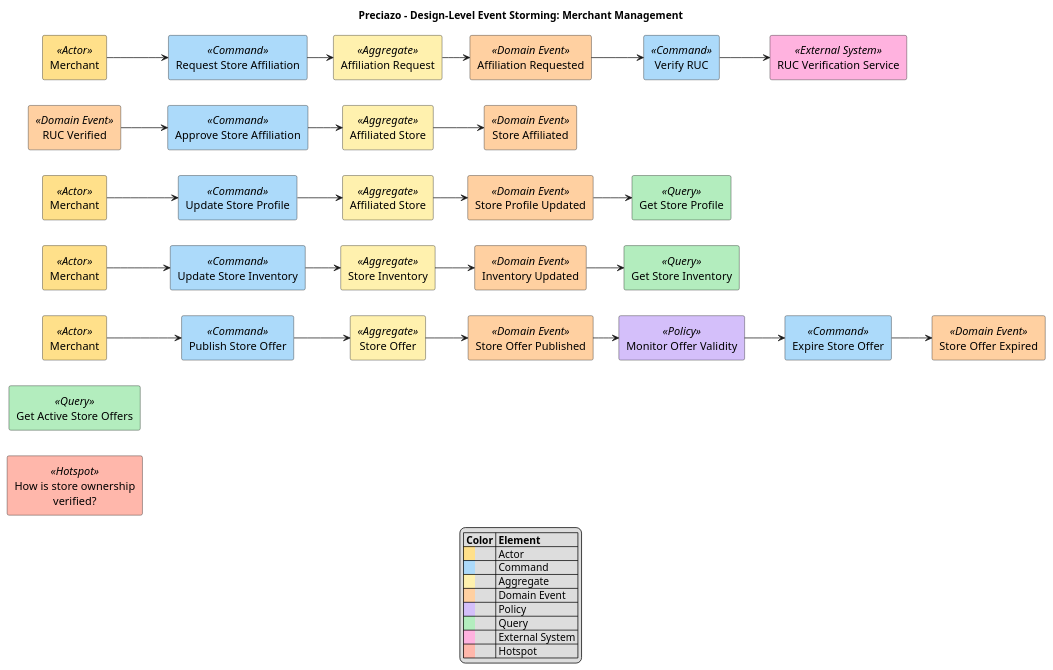
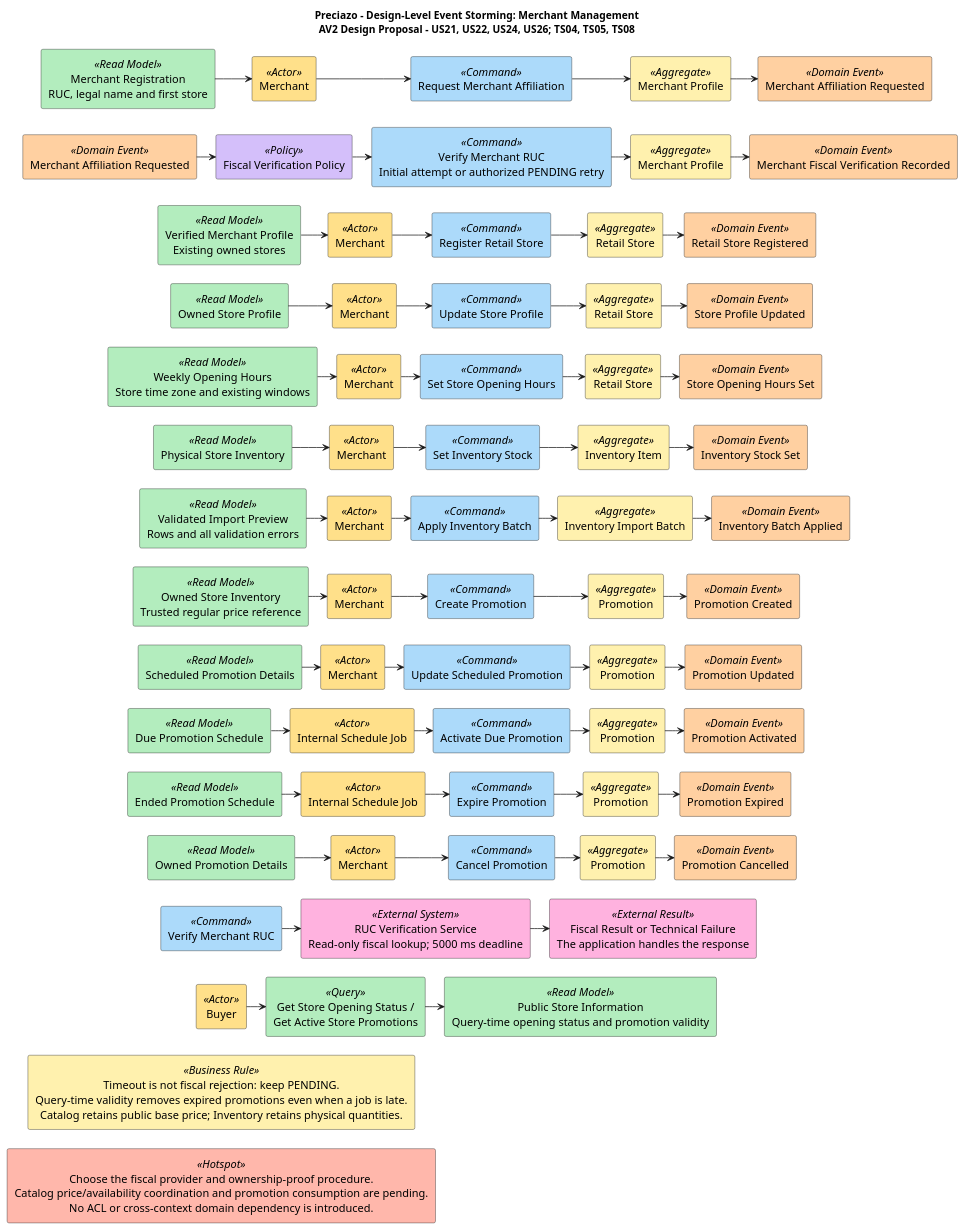
The diagram in docs/architecture/event-storming/merchant-management.puml (Open-Source-1ASI0729-2620-7750/preciazo-report), drawn with PlantUML before and after one commit. The commit also changed 13 other files, not shown here.

Commit message:
docs(merchant-management): refine AV2 affiliation inventory and promotions

```diff
--- a/docs/architecture/event-storming/merchant-management.puml
+++ b/docs/architecture/event-storming/merchant-management.puml
@@ -1,87 +1,205 @@
 @startuml Preciazo_Event_Storming_merchant_management
-left to right direction
-title Preciazo - Design-Level Event Storming: Merchant Management
+top to bottom direction
+title
+Preciazo - Design-Level Event Storming: Merchant Management
+AV2 Design Proposal - US21, US22, US24, US26; TS04, TS05, TS08
+end title
 skinparam shadowing false
 skinparam defaultFontSize 15
 skinparam defaultTextAlignment center
-skinparam nodesep 35
-skinparam ranksep 35
+skinparam nodesep 26
+skinparam ranksep 26
 skinparam rectanglePadding 12
 
-rectangle "Merchant" as n0_0 <<Actor>> #FFE08A
-rectangle "Request Store Affiliation" as n0_1 <<Command>> #ACDAFA
-rectangle "Affiliation Request" as n0_2 <<Aggregate>> #FFF1AE
-rectangle "Affiliation Requested" as n0_3 <<Domain Event>> #FFD0A1
-rectangle "Verify RUC" as n0_4 <<Command>> #ACDAFA
-rectangle "RUC Verification Service" as n0_5 <<External System>> #FFB2DF
-n0_0 --> n0_1
-n0_1 --> n0_2
-n0_2 --> n0_3
-n0_3 --> n0_4
-n0_4 --> n0_5
+rectangle "Merchant Registration\nRUC, legal name and first store" as read0 <<Read Model>> #B3EDBE
+rectangle "Merchant" as actor0 <<Actor>> #FFE08A
+rectangle "Request Merchant Affiliation" as command0 <<Command>> #ACDAFA
+rectangle "Merchant Profile" as aggregate0 <<Aggregate>> #FFF1AE
+rectangle "Merchant Affiliation Requested" as event0 <<Domain Event>> #FFD0A1
+read0 -right-> actor0
+actor0 -right-> command0
+command0 -right-> aggregate0
+aggregate0 -right-> event0
 
-rectangle "RUC Verified" as n1_0 <<Domain Event>> #FFD0A1
-rectangle "Approve Store Affiliation" as n1_1 <<Command>> #ACDAFA
-rectangle "Affiliated Store" as n1_2 <<Aggregate>> #FFF1AE
-rectangle "Store Affiliated" as n1_3 <<Domain Event>> #FFD0A1
-n1_0 --> n1_1
-n1_1 --> n1_2
-n1_2 --> n1_3
+rectangle "Merchant Affiliation Requested" as read1 <<Domain Event>> #FFD0A1
+rectangle "Fiscal Verification Policy" as actor1 <<Policy>> #D4BFFA
+rectangle "Verify Merchant RUC\nInitial attempt or authorized PENDING retry" as command1 <<Command>> #ACDAFA
+rectangle "Merchant Profile" as aggregate1 <<Aggregate>> #FFF1AE
+rectangle "Merchant Fiscal Verification Recorded" as event1 <<Domain Event>> #FFD0A1
+read1 -right-> actor1
+actor1 -right-> command1
+command1 -right-> aggregate1
+aggregate1 -right-> event1
 
-rectangle "Merchant" as n2_0 <<Actor>> #FFE08A
-rectangle "Update Store Profile" as n2_1 <<Command>> #ACDAFA
-rectangle "Affiliated Store" as n2_2 <<Aggregate>> #FFF1AE
-rectangle "Store Profile Updated" as n2_3 <<Domain Event>> #FFD0A1
-rectangle "Get Store Profile" as n2_4 <<Query>> #B3EDBE
-n2_0 --> n2_1
-n2_1 --> n2_2
-n2_2 --> n2_3
-n2_3 --> n2_4
+rectangle "Owned Store Profile" as read2 <<Read Model>> #B3EDBE
+rectangle "Merchant" as actor2 <<Actor>> #FFE08A
+rectangle "Update Store Profile" as command2 <<Command>> #ACDAFA
+rectangle "Retail Store" as aggregate2 <<Aggregate>> #FFF1AE
+rectangle "Store Profile Updated" as event2 <<Domain Event>> #FFD0A1
+read2 -right-> actor2
+actor2 -right-> command2
+command2 -right-> aggregate2
+aggregate2 -right-> event2
 
-rectangle "Merchant" as n3_0 <<Actor>> #FFE08A
-rectangle "Update Store Inventory" as n3_1 <<Command>> #ACDAFA
-rectangle "Store Inventory" as n3_2 <<Aggregate>> #FFF1AE
-rectangle "Inventory Updated" as n3_3 <<Domain Event>> #FFD0A1
-rectangle "Get Store Inventory" as n3_4 <<Query>> #B3EDBE
-n3_0 --> n3_1
-n3_1 --> n3_2
-n3_2 --> n3_3
-n3_3 --> n3_4
+rectangle "Weekly Opening Hours\nStore time zone and existing windows" as read3 <<Read Model>> #B3EDBE
+rectangle "Merchant" as actor3 <<Actor>> #FFE08A
+rectangle "Set Store Opening Hours" as command3 <<Command>> #ACDAFA
+rectangle "Retail Store" as aggregate3 <<Aggregate>> #FFF1AE
+rectangle "Store Opening Hours Set" as event3 <<Domain Event>> #FFD0A1
+read3 -right-> actor3
+actor3 -right-> command3
+command3 -right-> aggregate3
+aggregate3 -right-> event3
 
-rectangle "Merchant" as n4_0 <<Actor>> #FFE08A
-rectangle "Publish Store Offer" as n4_1 <<Command>> #ACDAFA
-rectangle "Store Offer" as n4_2 <<Aggregate>> #FFF1AE
-rectangle "Store Offer Published" as n4_3 <<Domain Event>> #FFD0A1
-rectangle "Monitor Offer Validity" as n4_4 <<Policy>> #D4BFFA
-rectangle "Expire Store Offer" as n4_5 <<Command>> #ACDAFA
-rectangle "Store Offer Expired" as n4_6 <<Domain Event>> #FFD0A1
-n4_0 --> n4_1
-n4_1 --> n4_2
-n4_2 --> n4_3
-n4_3 --> n4_4
-n4_4 --> n4_5
-n4_5 --> n4_6
+rectangle "Physical Store Inventory" as read4 <<Read Model>> #B3EDBE
+rectangle "Merchant" as actor4 <<Actor>> #FFE08A
+rectangle "Set Inventory Stock" as command4 <<Command>> #ACDAFA
+rectangle "Inventory Item" as aggregate4 <<Aggregate>> #FFF1AE
+rectangle "Inventory Stock Set" as event4 <<Domain Event>> #FFD0A1
+read4 -right-> actor4
+actor4 -right-> command4
+command4 -right-> aggregate4
+aggregate4 -right-> event4
 
-rectangle "Get Active Store Offers" as n5_0 <<Query>> #B3EDBE
+rectangle "Validated Import Preview\nRows and all validation errors" as read5 <<Read Model>> #B3EDBE
+rectangle "Merchant" as actor5 <<Actor>> #FFE08A
+rectangle "Apply Inventory Batch" as command5 <<Command>> #ACDAFA
+rectangle "Inventory Import Batch" as aggregate5 <<Aggregate>> #FFF1AE
+rectangle "Inventory Batch Applied" as event5 <<Domain Event>> #FFD0A1
+read5 -right-> actor5
+actor5 -right-> command5
+command5 -right-> aggregate5
+aggregate5 -right-> event5
 
-rectangle "How is store ownership\nverified?" as n6_0 <<Hotspot>> #FFB7AB
+rectangle "Owned Store Inventory\nTrusted regular price reference" as read6 <<Read Model>> #B3EDBE
+rectangle "Merchant" as actor6 <<Actor>> #FFE08A
+rectangle "Create Promotion" as command6 <<Command>> #ACDAFA
+rectangle "Promotion" as aggregate6 <<Aggregate>> #FFF1AE
+rectangle "Promotion Created" as event6 <<Domain Event>> #FFD0A1
+read6 -right-> actor6
+actor6 -right-> command6
+command6 -right-> aggregate6
+aggregate6 -right-> event6
 
-n0_0 -[hidden,norank]down-> n1_0
-n1_0 -[hidden,norank]down-> n2_0
-n2_0 -[hidden,norank]down-> n3_0
-n3_0 -[hidden,norank]down-> n4_0
-n4_0 -[hidden,norank]down-> n5_0
-n5_0 -[hidden,norank]down-> n6_0
+rectangle "Scheduled Promotion Details" as read7 <<Read Model>> #B3EDBE
+rectangle "Merchant" as actor7 <<Actor>> #FFE08A
+rectangle "Update Scheduled Promotion" as command7 <<Command>> #ACDAFA
+rectangle "Promotion" as aggregate7 <<Aggregate>> #FFF1AE
+rectangle "Promotion Updated" as event7 <<Domain Event>> #FFD0A1
+read7 -right-> actor7
+actor7 -right-> command7
+command7 -right-> aggregate7
+aggregate7 -right-> event7
 
-legend bottom
-|= Color |= Element |
-|<back:#FFE08A>    </back>| Actor |
-|<back:#ACDAFA>    </back>| Command |
-|<back:#FFF1AE>    </back>| Aggregate |
-|<back:#FFD0A1>    </back>| Domain Event |
-|<back:#D4BFFA>    </back>| Policy |
-|<back:#B3EDBE>    </back>| Query |
-|<back:#FFB2DF>    </back>| External System |
-|<back:#FFB7AB>    </back>| Hotspot |
-endlegend
+rectangle "Due Promotion Schedule" as read8 <<Read Model>> #B3EDBE
+rectangle "Internal Schedule Job" as actor8 <<Actor>> #FFE08A
+rectangle "Activate Due Promotion" as command8 <<Command>> #ACDAFA
+rectangle "Promotion" as aggregate8 <<Aggregate>> #FFF1AE
+rectangle "Promotion Activated" as event8 <<Domain Event>> #FFD0A1
+read8 -right-> actor8
+actor8 -right-> command8
+command8 -right-> aggregate8
+aggregate8 -right-> event8
+
+rectangle "Ended Promotion Schedule" as read9 <<Read Model>> #B3EDBE
+rectangle "Internal Schedule Job" as actor9 <<Actor>> #FFE08A
+rectangle "Expire Promotion" as command9 <<Command>> #ACDAFA
+rectangle "Promotion" as aggregate9 <<Aggregate>> #FFF1AE
+rectangle "Promotion Expired" as event9 <<Domain Event>> #FFD0A1
+read9 -right-> actor9
+actor9 -right-> command9
+command9 -right-> aggregate9
+aggregate9 -right-> event9
+
+rectangle "Owned Promotion Details" as read10 <<Read Model>> #B3EDBE
+rectangle "Merchant" as actor10 <<Actor>> #FFE08A
+rectangle "Cancel Promotion" as command10 <<Command>> #ACDAFA
+rectangle "Promotion" as aggregate10 <<Aggregate>> #FFF1AE
+rectangle "Promotion Cancelled" as event10 <<Domain Event>> #FFD0A1
+read10 -right-> actor10
+actor10 -right-> command10
+command10 -right-> aggregate10
+aggregate10 -right-> event10
+rectangle "Verified Merchant Profile\nExisting owned stores" as readRegister <<Read Model>> #B3EDBE
+rectangle "Merchant" as actorRegister <<Actor>> #FFE08A
+rectangle "Register Retail Store" as commandRegister <<Command>> #ACDAFA
+rectangle "Retail Store" as aggregateRegister <<Aggregate>> #FFF1AE
+rectangle "Retail Store Registered" as eventRegister <<Domain Event>> #FFD0A1
+readRegister -right-> actorRegister
+actorRegister -right-> commandRegister
+commandRegister -right-> aggregateRegister
+aggregateRegister -right-> eventRegister
+
+read0 -[hidden]down-> read1
+actor0 -[hidden]down-> actor1
+command0 -[hidden]down-> command1
+aggregate0 -[hidden]down-> aggregate1
+event0 -[hidden]down-> event1
+read1 -[hidden]down-> readRegister
+readRegister -[hidden]down-> read2
+actor1 -[hidden]down-> actorRegister
+actorRegister -[hidden]down-> actor2
+command1 -[hidden]down-> commandRegister
+commandRegister -[hidden]down-> command2
+aggregate1 -[hidden]down-> aggregateRegister
+aggregateRegister -[hidden]down-> aggregate2
+event1 -[hidden]down-> eventRegister
+eventRegister -[hidden]down-> event2
+read2 -[hidden]down-> read3
+actor2 -[hidden]down-> actor3
+command2 -[hidden]down-> command3
+aggregate2 -[hidden]down-> aggregate3
+event2 -[hidden]down-> event3
+read3 -[hidden]down-> read4
+actor3 -[hidden]down-> actor4
+command3 -[hidden]down-> command4
+aggregate3 -[hidden]down-> aggregate4
+event3 -[hidden]down-> event4
+read4 -[hidden]down-> read5
+actor4 -[hidden]down-> actor5
+command4 -[hidden]down-> command5
+aggregate4 -[hidden]down-> aggregate5
+event4 -[hidden]down-> event5
+read5 -[hidden]down-> read6
+actor5 -[hidden]down-> actor6
+command5 -[hidden]down-> command6
+aggregate5 -[hidden]down-> aggregate6
+event5 -[hidden]down-> event6
+read6 -[hidden]down-> read7
+actor6 -[hidden]down-> actor7
+command6 -[hidden]down-> command7
+aggregate6 -[hidden]down-> aggregate7
+event6 -[hidden]down-> event7
+read7 -[hidden]down-> read8
+actor7 -[hidden]down-> actor8
+command7 -[hidden]down-> command8
+aggregate7 -[hidden]down-> aggregate8
+event7 -[hidden]down-> event8
+read8 -[hidden]down-> read9
+actor8 -[hidden]down-> actor9
+command8 -[hidden]down-> command9
+aggregate8 -[hidden]down-> aggregate9
+event8 -[hidden]down-> event9
+read9 -[hidden]down-> read10
+actor9 -[hidden]down-> actor10
+command9 -[hidden]down-> command10
+aggregate9 -[hidden]down-> aggregate10
+event9 -[hidden]down-> event10
+
+rectangle "RUC Verification Service\nRead-only fiscal lookup; 5000 ms deadline" as fiscal <<External System>> #FFB2DF
+rectangle "Buyer" as buyer <<Actor>> #FFE08A
+rectangle "Get Store Opening Status /\nGet Active Store Promotions" as publicQuery <<Query>> #B3EDBE
+rectangle "Public Store Information\nQuery-time opening status and promotion validity" as publicView <<Read Model>> #B3EDBE
+buyer -right-> publicQuery
+publicQuery -right-> publicView
+rectangle "Verify Merchant RUC" as outboundCommand <<Command>> #ACDAFA
+rectangle "Fiscal Result or Technical Failure\nThe application handles the response" as fiscalResult <<External Result>> #FFB2DF
+outboundCommand -right-> fiscal
+fiscal -right-> fiscalResult
+read10 -[hidden]down-> outboundCommand
+outboundCommand -[hidden]down-> buyer
+rectangle "Timeout is not fiscal rejection: keep PENDING.\nQuery-time validity removes expired promotions even when a job is late.\nCatalog retains public base price; Inventory retains physical quantities." as rules <<Business Rule>> #FFF1AE
+rectangle "Choose the fiscal provider and ownership-proof procedure.\nCatalog price/availability coordination and promotion consumption are pending.\nNo ACL or cross-context domain dependency is introduced." as hotspot <<Hotspot>> #FFB7AB
+buyer -[hidden]down-> rules
+rules -[hidden]down-> hotspot
 @enduml
```
